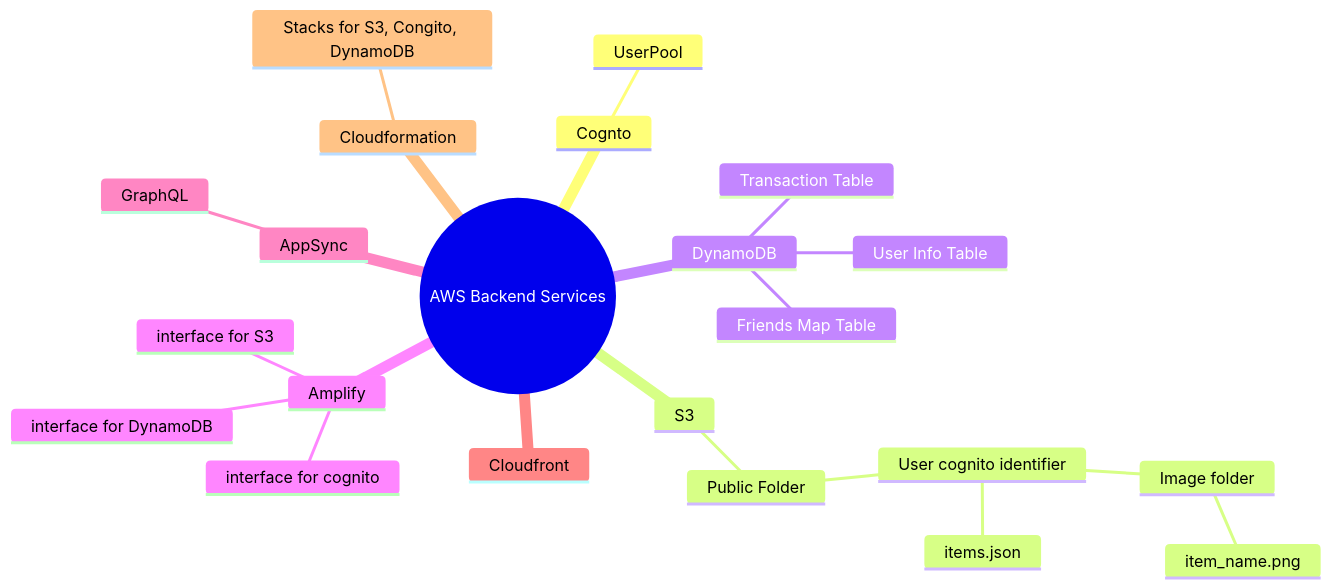
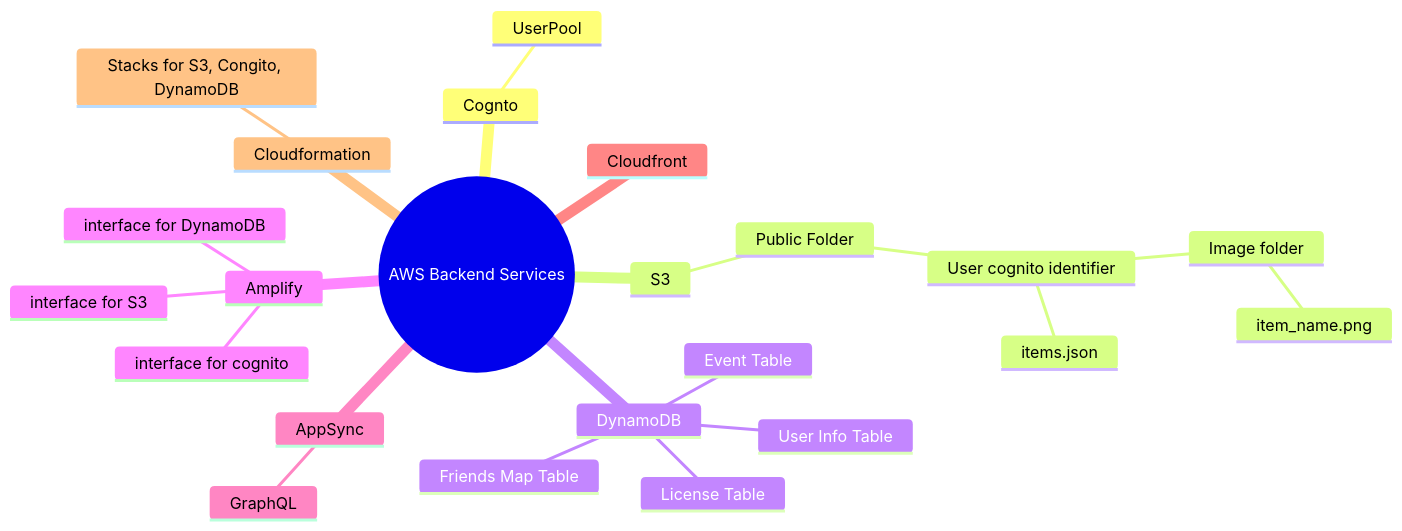
The second of 4 diagrams in architecture.md (usebetter/usebetter.github.io), drawn with Mermaid before and after one commit. The commit also changed other lines of this file, not shown here.

Commit message:
updated architecture

````diff
--- a/architecture.md
+++ b/architecture.md
@@ -37,28 +47,29 @@
 ```mermaid
 mindmap
     ((AWS Backend Services))
         Cognto
             UserPool                
         S3
             Public Folder
                 User cognito identifier
                     Image folder
                         item_name.png
                     items.json
         DynamoDB
-            User Info Table
+            User Info Table              
             Friends Map Table
-            Transaction Table
+            Event Table
+            License Table
 
         Amplify
             interface for cognito
             interface for S3
             interface for DynamoDB
         AppSync
             GraphQL
         Cloudfront
         Cloudformation
             Stacks for S3, Congito, DynamoDB
 
 
 ```
````
